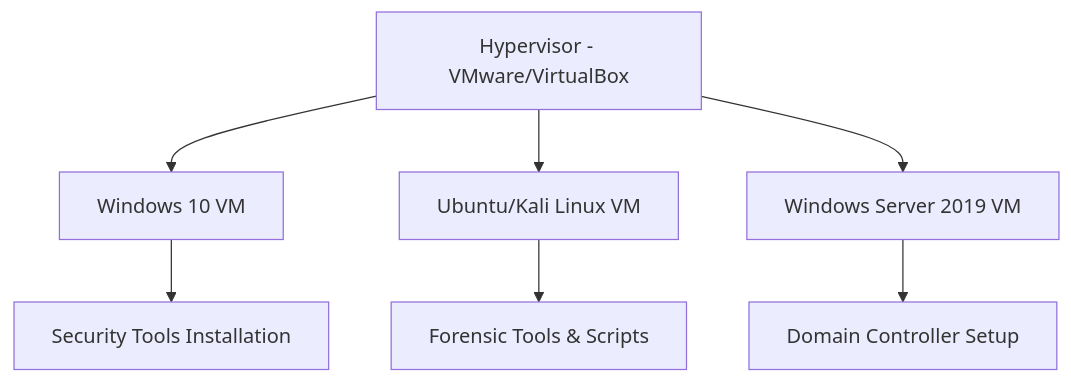
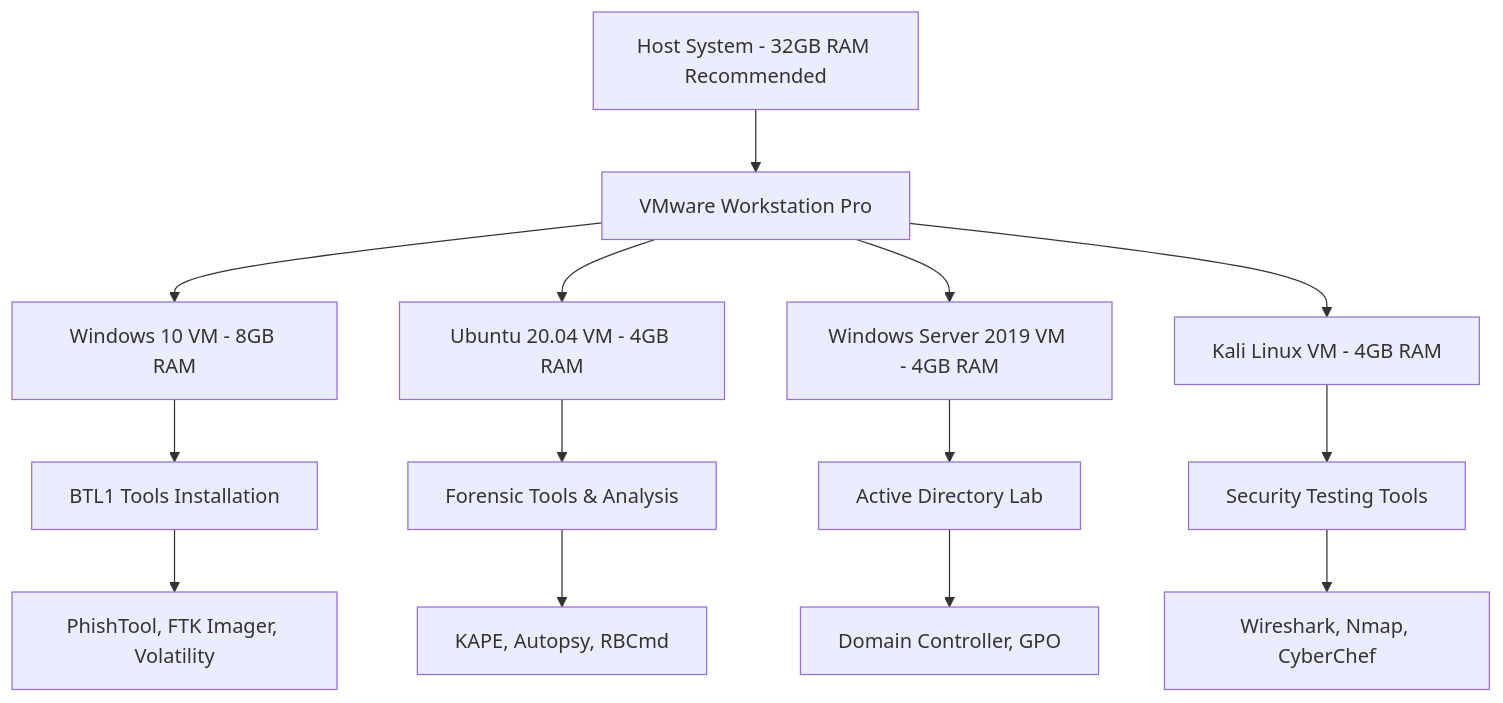
Before and after one commit to d3vhackz/BTL1: the diagram in README.md, drawn with Mermaid. The commit also changed other lines of this file, not shown here.

````diff
--- a/README.md
+++ b/README.md
@@ -98,9 +161,18 @@
 ```mermaid
 graph TD
-    A[Hypervisor - VMware/VirtualBox] --> B[Windows 10 VM]
-    A --> C[Ubuntu/Kali Linux VM]
-    A --> D[Windows Server 2019 VM]
-    B --> E[Security Tools Installation]
-    C --> F[Forensic Tools & Scripts]
-    D --> G[Domain Controller Setup]
+    A[Host System - 32GB RAM Recommended] --> B[VMware Workstation Pro]
+    B --> C[Windows 10 VM - 8GB RAM]
+    B --> D[Ubuntu 20.04 VM - 4GB RAM] 
+    B --> E[Windows Server 2019 VM - 4GB RAM]
+    B --> F[Kali Linux VM - 4GB RAM]
+    
+    C --> G[BTL1 Tools Installation]
+    D --> H[Forensic Tools & Analysis]
+    E --> I[Active Directory Lab]
+    F --> J[Security Testing Tools]
+    
+    G --> K[PhishTool, FTK Imager, Volatility]
+    H --> L[KAPE, Autopsy, RBCmd]
+    I --> M[Domain Controller, GPO]
+    J --> N[Wireshark, Nmap, CyberChef]
 ```
````
